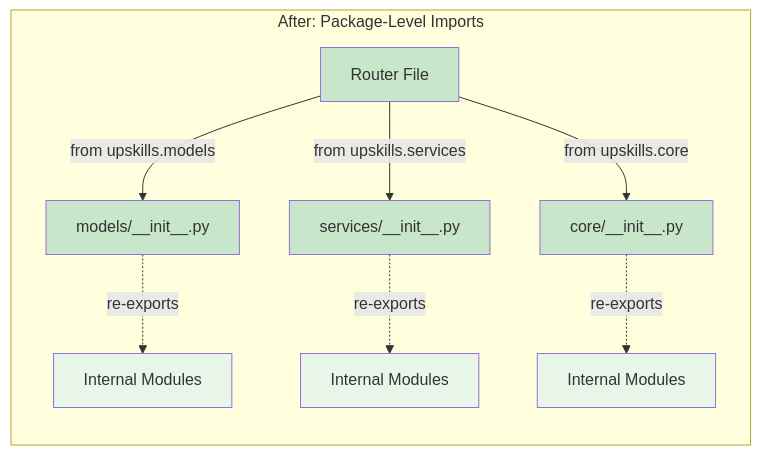
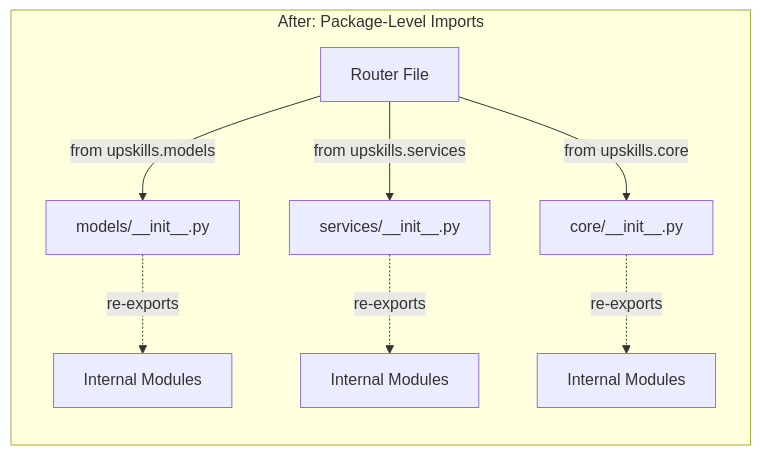
The third of 4 diagrams in docs/changes_from_refactor-session-management_to_simplify-imports.md (ELC/upskilling), drawn with Mermaid before and after one commit. The commit also changed other lines of this file, not shown here.

````diff
--- a/docs/changes_from_refactor-session-management_to_simplify-imports.md
+++ b/docs/changes_from_refactor-session-management_to_simplify-imports.md
@@ -95,20 +80,12 @@
 ```mermaid
 graph LR
     subgraph "After: Package-Level Imports"
         A2[Router File] -->|from upskills.models| B2[models/__init__.py]
         A2 -->|from upskills.services| C2[services/__init__.py]
         A2 -->|from upskills.core| D2[core/__init__.py]
         
         B2 -.->|re-exports| E2[Internal Modules]
         C2 -.->|re-exports| F2[Internal Modules]
         D2 -.->|re-exports| G2[Internal Modules]
     end
-    
-    style A2 fill:#c8e6c9
-    style B2 fill:#c8e6c9
-    style C2 fill:#c8e6c9
-    style D2 fill:#c8e6c9
-    style E2 fill:#e8f5e9
-    style F2 fill:#e8f5e9
-    style G2 fill:#e8f5e9
 ```
````
